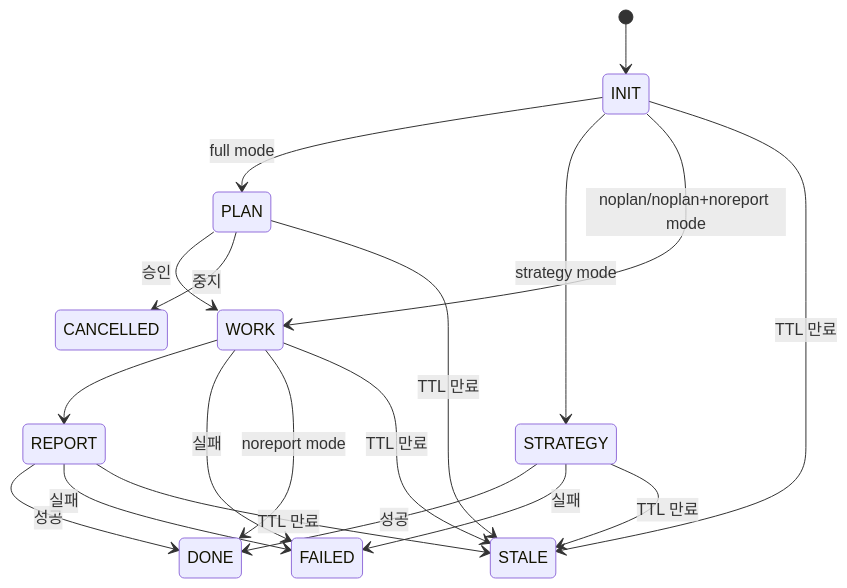
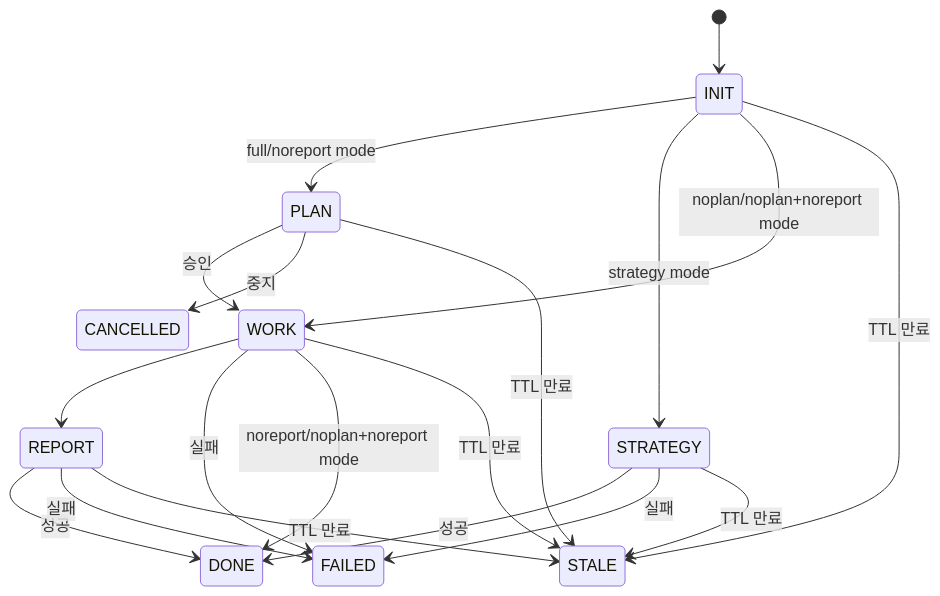
One commit to KoreanLeeChangHyun/claude-workflow changed the diagram in .claude/skills/workflow-agent-orchestration/SKILL.md. Above: the diagram before and after it, drawn with Mermaid. The commit also changed 8 other files, not shown here.

Commit message:
fix: 워크플로우 검증 보고서 기반 문서·코드 정합성 수정

````diff
--- a/.claude/skills/workflow-agent-orchestration/SKILL.md
+++ b/.claude/skills/workflow-agent-orchestration/SKILL.md
@@ -14,21 +14,21 @@
 ```mermaid
 stateDiagram-v2
     [*] --> INIT
-    INIT --> PLAN: full mode
+    INIT --> PLAN: full/noreport mode
     INIT --> STRATEGY: strategy mode
     INIT --> WORK: noplan/noplan+noreport mode
     PLAN --> WORK: 승인
     PLAN --> CANCELLED: 중지
     WORK --> REPORT
     WORK --> FAILED: 실패
-    WORK --> DONE: noreport mode
+    WORK --> DONE: noreport/noplan+noreport mode
     REPORT --> DONE: 성공
     REPORT --> FAILED: 실패
     STRATEGY --> DONE: 성공
     STRATEGY --> FAILED: 실패
     STRATEGY --> STALE: TTL 만료
     INIT --> STALE: TTL 만료
     PLAN --> STALE: TTL 만료
     WORK --> STALE: TTL 만료
     REPORT --> STALE: TTL 만료
 ```
````
